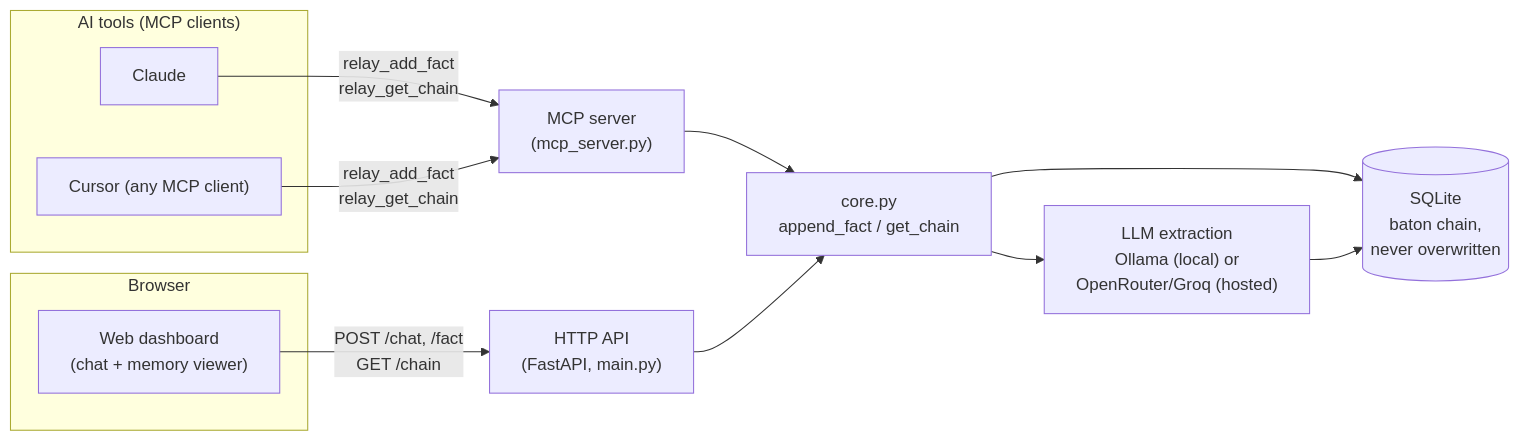
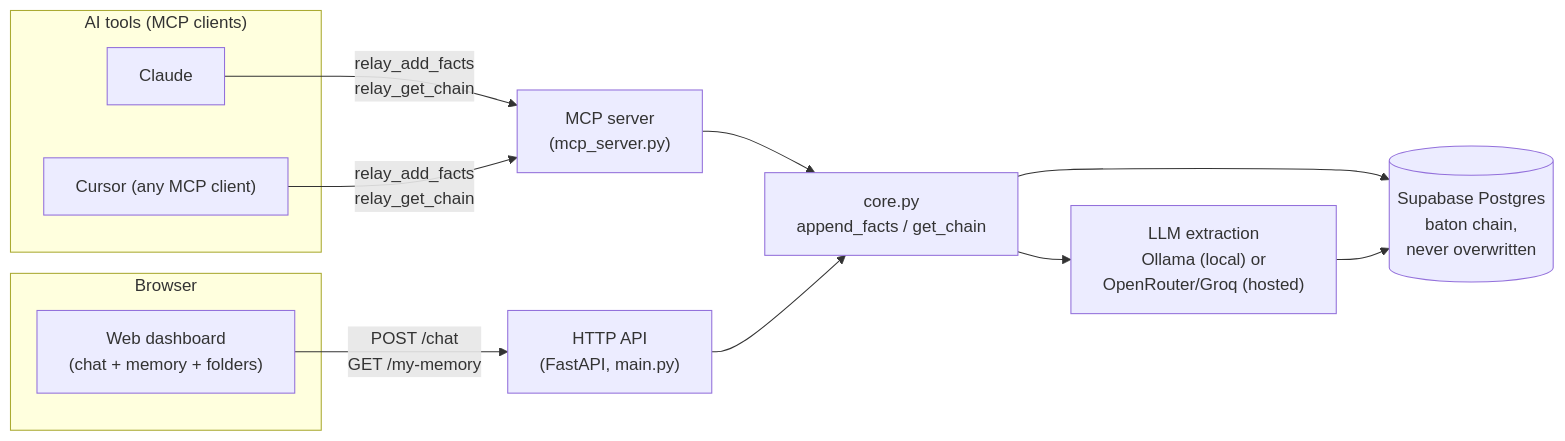
One commit to ahirmaan/relay changed the diagram in relay-backend/README.md. Above: the diagram before and after it, drawn with Mermaid. The commit also changed other lines of this file and 1 other file, not shown here.

First line of the commit message:
README: full rewrite for the current architecture (Vercel+Supabase, atomic facts, IP+folder sessions), UI cleanup per feedback

````diff
--- a/relay-backend/README.md
+++ b/relay-backend/README.md
@@ -430,23 +412,23 @@
 ```mermaid
 flowchart LR
     subgraph clients["AI tools (MCP clients)"]
         Claude
         Cursor["Cursor (any MCP client)"]
     end
 
     subgraph web["Browser"]
-        Dashboard["Web dashboard\n(chat + memory viewer)"]
+        Dashboard["Web dashboard\n(chat + memory + folders)"]
     end
 
-    Claude -->|"relay_add_fact\nrelay_get_chain"| MCP["MCP server\n(mcp_server.py)"]
-    Cursor -->|"relay_add_fact\nrelay_get_chain"| MCP
-    Dashboard -->|"POST /chat, /fact\nGET /chain"| API["HTTP API\n(FastAPI, main.py)"]
+    Claude -->|"relay_add_facts\nrelay_get_chain"| MCP["MCP server\n(mcp_server.py)"]
+    Cursor -->|"relay_add_facts\nrelay_get_chain"| MCP
+    Dashboard -->|"POST /chat\nGET /my-memory"| API["HTTP API\n(FastAPI, main.py)"]
 
-    MCP --> Core["core.py\nappend_fact / get_chain"]
+    MCP --> Core["core.py\nappend_facts / get_chain"]
     API --> Core
 
     Core --> LLM["LLM extraction\nOllama (local) or\nOpenRouter/Groq (hosted)"]
-    Core --> DB[("SQLite\nbaton chain,\nnever overwritten")]
+    Core --> DB[("Supabase Postgres\nbaton chain,\nnever overwritten")]
 
     LLM --> DB
 ```
````
